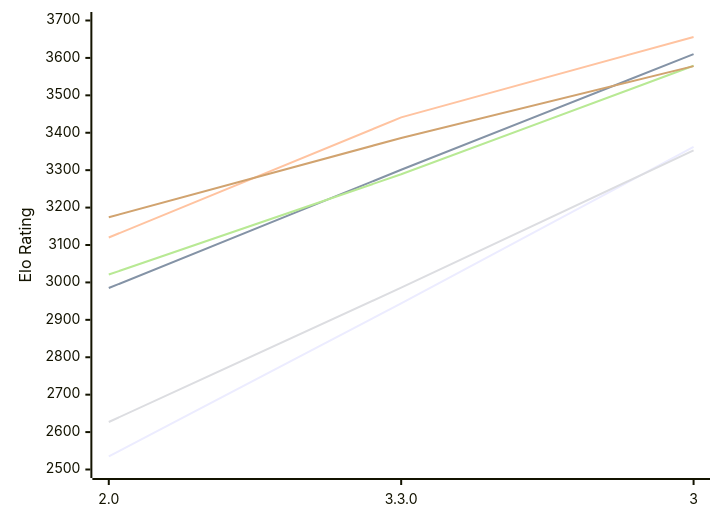
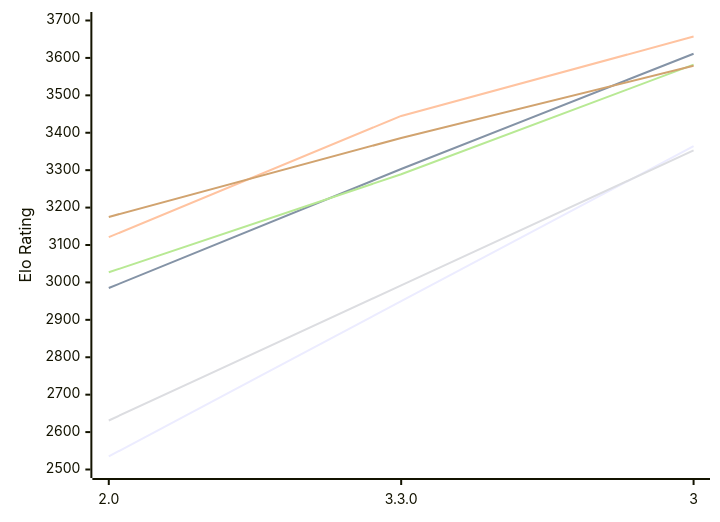
One commit to computer-chess-index/cci changed the diagram in engines/Ravager.md. Above: the diagram before and after it, drawn with Mermaid. The commit also changed other lines of this file, not shown here.

Commit message:
Update CCI Ratings (ELO VLTC) - 2026-11-17

````diff
--- a/engines/Ravager.md
+++ b/engines/Ravager.md
@@ -51,12 +51,12 @@
 ```mermaid
 %%{init: {"theme":"base","themeVariables":{"seriesColors:['#a3a3a3','#222221','#faa371']}}}%%
 xychart-beta
   x-axis ["2.0", "3.3.0", "3"]
   y-axis "Elo Rating" 2500 --> 3700
-  line "E1: STC (8.0+0.08s)" [2535, 2944, 3362]
-  line "E1: LTC (60.0+0.60s)" [2985, 3301, 3610]
-  line "E1: VLTC (2m24s+1.12s)" [3120, 3441, 3656]
-  line "P1: STC (8.0+0.08s)" [2627, 2986, 3353]
-  line "P1: LTC (60.0+0.60s)" [3021, 3289, 3579]
-  line "P1: VLTC (2m24s+1.12s)" [3174, 3386, 3578]
+  line "E1: STC (8.0+0.08s)" [2535, 2950, 3364]
+  line "E1: LTC (60.0+0.60s)" [2985, 3303, 3611]
+  line "E1: VLTC (2m24s+1.12s)" [3121, 3445, 3657]
+  line "P1: STC (8.0+0.08s)" [2631, 2992, 3353]
+  line "P1: LTC (60.0+0.60s)" [3027, 3289, 3582]
+  line "P1: VLTC (2m24s+1.12s)" [3175, 3386, 3579]
 ```
````
